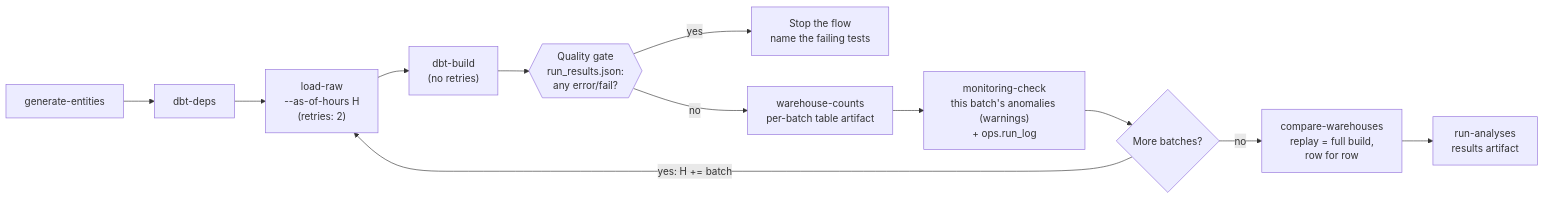
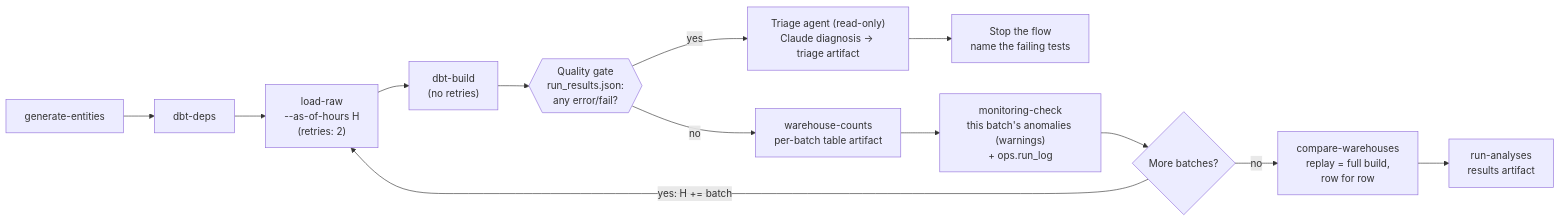
Before and after one commit to karthikrk1/payments-risk-warehouse: the third of 5 diagrams in docs/architecture.md, drawn with Mermaid. The commit also changed other lines of this file and 16 other files, not shown here.

First line of the commit message:
feat(triage): Claude diagnosis of failed dbt builds, with an evaluation (#20)

````diff
--- a/docs/architecture.md
+++ b/docs/architecture.md
@@ -85,20 +85,21 @@
 ```mermaid
 flowchart LR
     gen["generate-entities"]
     deps["dbt-deps"]
     load["load-raw<br/>--as-of-hours H<br/>(retries: 2)"]
     build["dbt-build<br/>(no retries)"]
     gate{{"Quality gate<br/>run_results.json:<br/>any error/fail?"}}
     stop["Stop the flow<br/>name the failing tests"]
+    triage["Triage agent (read-only)<br/>Claude diagnosis → triage artifact"]
     counts["warehouse-counts<br/>per-batch table artifact"]
     mon["monitoring-check<br/>this batch's anomalies (warnings)<br/>+ ops.run_log"]
     next{"More batches?"}
     compare["compare-warehouses<br/>replay = full build,<br/>row for row"]
     analyses["run-analyses<br/>results artifact"]
 
     gen --> deps --> load --> build --> gate
-    gate -- yes --> stop
+    gate -- yes --> triage --> stop
     gate -- no --> counts --> mon --> next
     next -- "yes: H += batch" --> load
     next -- no --> compare --> analyses
 ```
````
